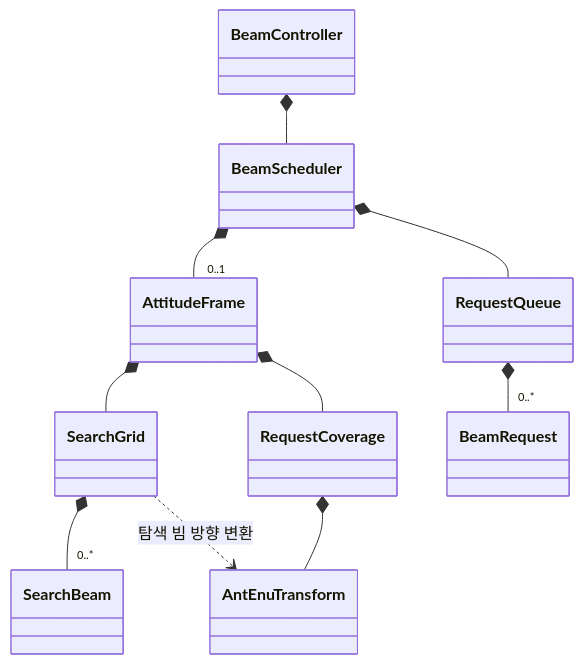
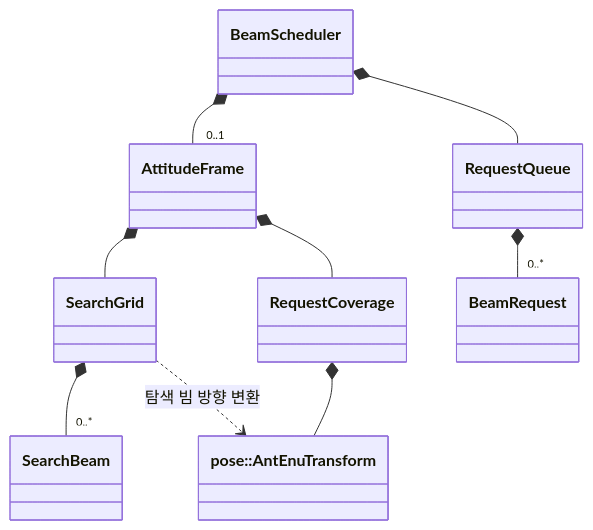
One commit to AESAlien/aesa-processor changed the second of 2 diagrams in src/beam/README.md. Above: the diagram before and after it, drawn with Mermaid. The commit also changed other lines of this file and 6 other files, not shown here.

First line of the commit message:
docs: README의 시스템 구조와 모듈별 다이어그램 정비

````diff
--- a/src/beam/README.md
+++ b/src/beam/README.md
@@ -29,15 +40,17 @@
 ```mermaid
 classDiagram
     direction TB
 
-    BeamController *-- BeamScheduler
+    class AntEnuTransform["pose::AntEnuTransform"]
 
     BeamScheduler *-- "0..1" AttitudeFrame
     BeamScheduler *-- RequestQueue
+
     AttitudeFrame *-- SearchGrid
     AttitudeFrame *-- RequestCoverage
     SearchGrid *-- "0..*" SearchBeam
     SearchGrid ..> AntEnuTransform : 탐색 빔 방향 변환
     RequestCoverage *-- AntEnuTransform
+
     RequestQueue *-- "0..*" BeamRequest
 ```
````
